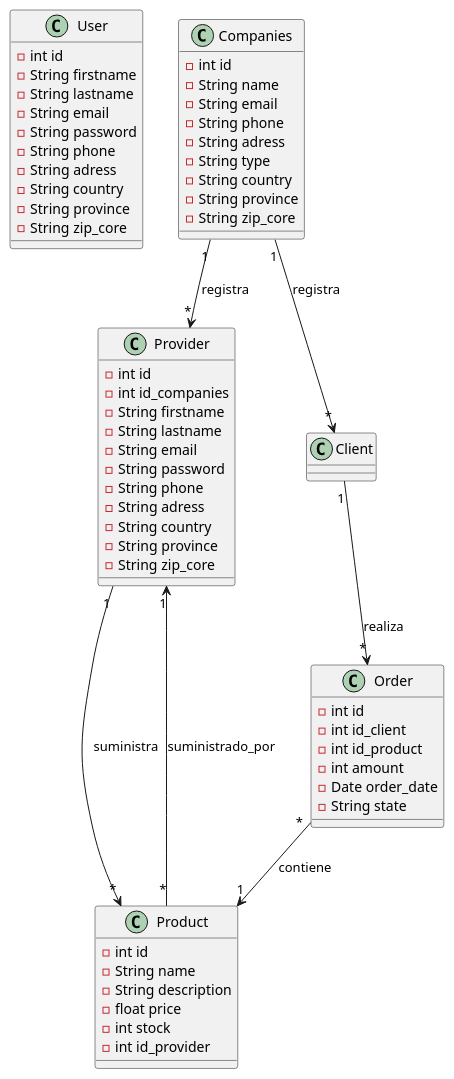
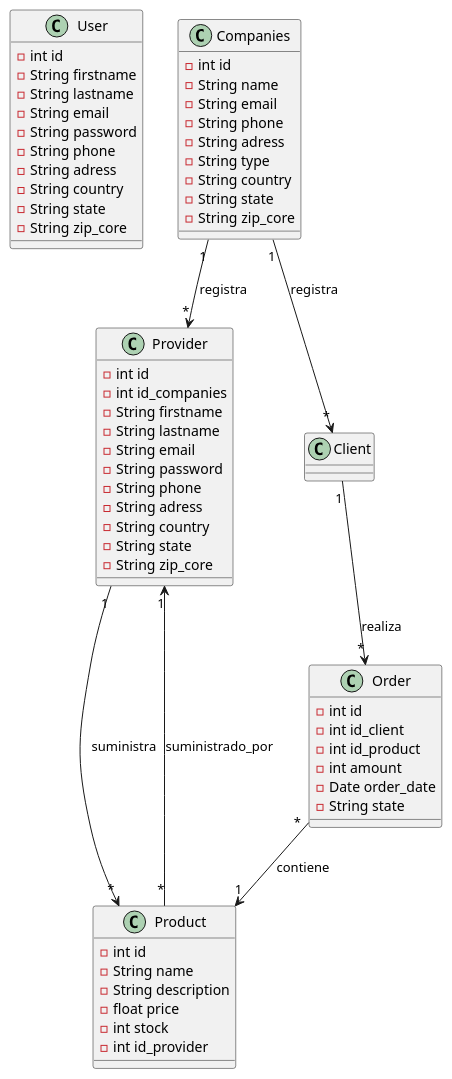
One commit to ElielMato/provider-app changed the diagram in docs/diagramaClases.puml. Above: the diagram before and after it, drawn with PlantUML. The commit also changed 12 other files, not shown here.

```diff
--- a/docs/diagramaClases.puml
+++ b/docs/diagramaClases.puml
@@ -1,65 +1,65 @@
 @startuml DiagramaClases
 class User {
   -int id
   -String firstname
   -String lastname
   -String email
   -String password
   -String phone
   -String adress
   -String country
-  -String province
+  -String state
   -String zip_core
 }
 
 class Provider {
   -int id
   -int id_companies
   -String firstname
   -String lastname
   -String email
   -String password
   -String phone
   -String adress
   -String country
-  -String province
+  -String state
   -String zip_core
 }
 
 class Companies {
   -int id
   -String name
   -String email
   -String phone
   -String adress
   -String type
   -String country
-  -String province
+  -String state
   -String zip_core
 }
 
 class Product {
   -int id
   -String name
   -String description
   -float price
   -int stock
   -int id_provider
 }
 
 class Order {
   -int id
   -int id_client
   -int id_product
   -int amount
   -Date order_date
   -String state
 }
 
 Client "1" --> "*" Order : realiza
 Order "*" --> "1" Product : contiene
 Product "*" --> "1" Provider : suministrado_por
 Provider "1" --> "*" Product : suministra
 Companies "1" --> "*" Client : registra
 Companies "1" --> "*" Provider : registra
 @enduml
```
